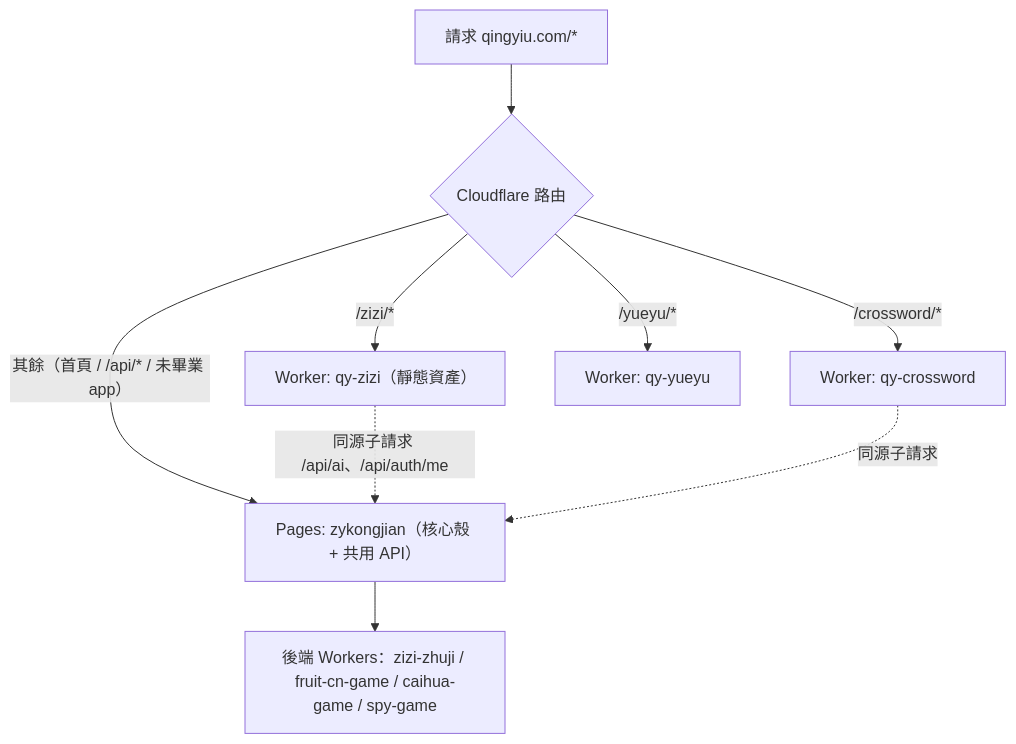
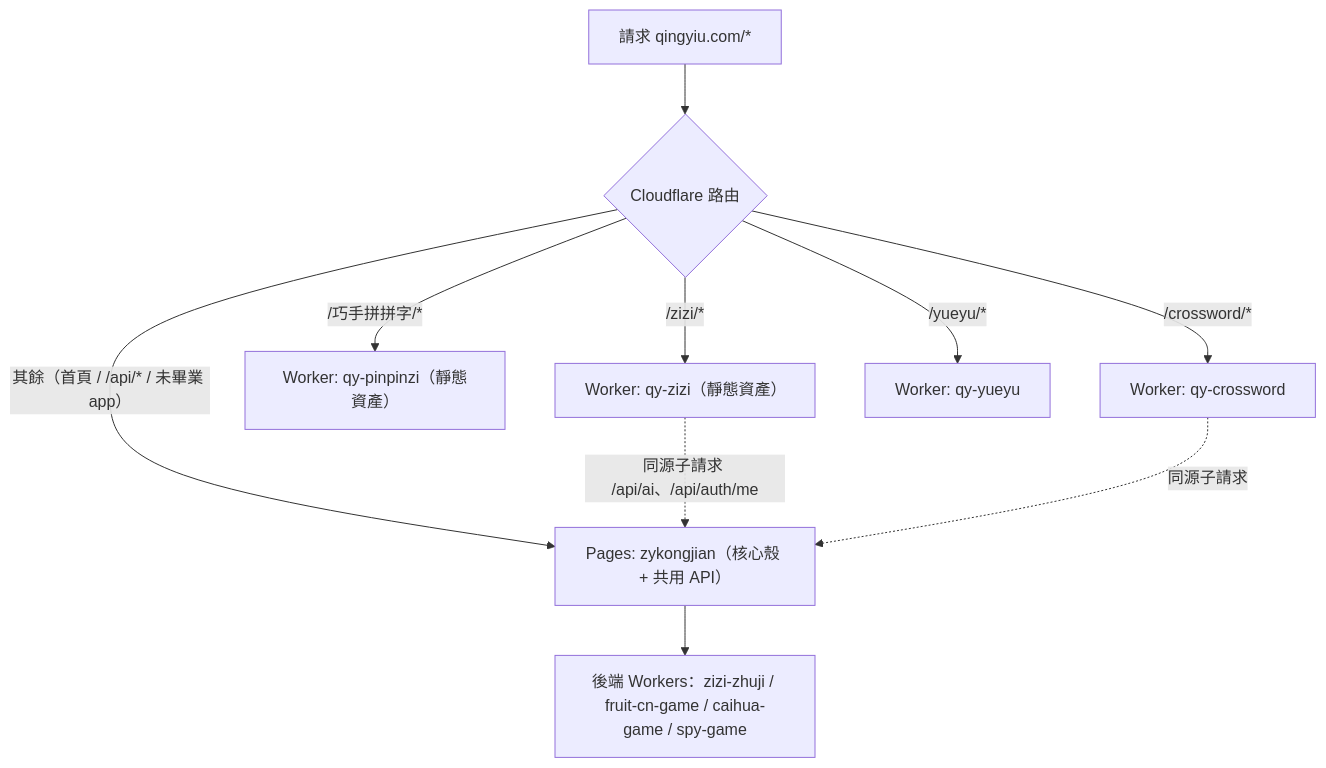
One commit to liuxiaoning1201-cloud/ningning changed the diagram in docs/Workers-渐进式独立部署.md. Above: the diagram before and after it, drawn with Mermaid. The commit also changed other lines of this file and 7 other files, not shown here.

First line of the commit message:
Graduate 巧手拼拼字 to its own Worker.

````diff
--- a/docs/Workers-渐进式独立部署.md
+++ b/docs/Workers-渐进式独立部署.md
@@ -22,11 +22,12 @@
 ```mermaid
 flowchart TD
   req["請求 qingyiu.com/*"] --> cf{Cloudflare 路由}
   cf -->|"/zizi/*"| wZizi["Worker: qy-zizi（靜態資產）"]
+  cf -->|"/巧手拼拼字/*"| wPinzi["Worker: qy-pinpinzi（靜態資產）"]
   cf -->|"/crossword/*"| wCross["Worker: qy-crossword"]
   cf -->|"/yueyu/*"| wYueyu["Worker: qy-yueyu"]
   cf -->|"其餘（首頁 / /api/* / 未畢業 app）"| pages["Pages: zykongjian（核心殼 + 共用 API）"]
   wZizi -.->|"同源子請求 /api/ai、/api/auth/me"| pages
   wCross -.->|"同源子請求"| pages
   pages --> backendWorkers["後端 Workers：zizi-zhuji / fruit-cn-game / caihua-game / spy-game"]
 ```
````
